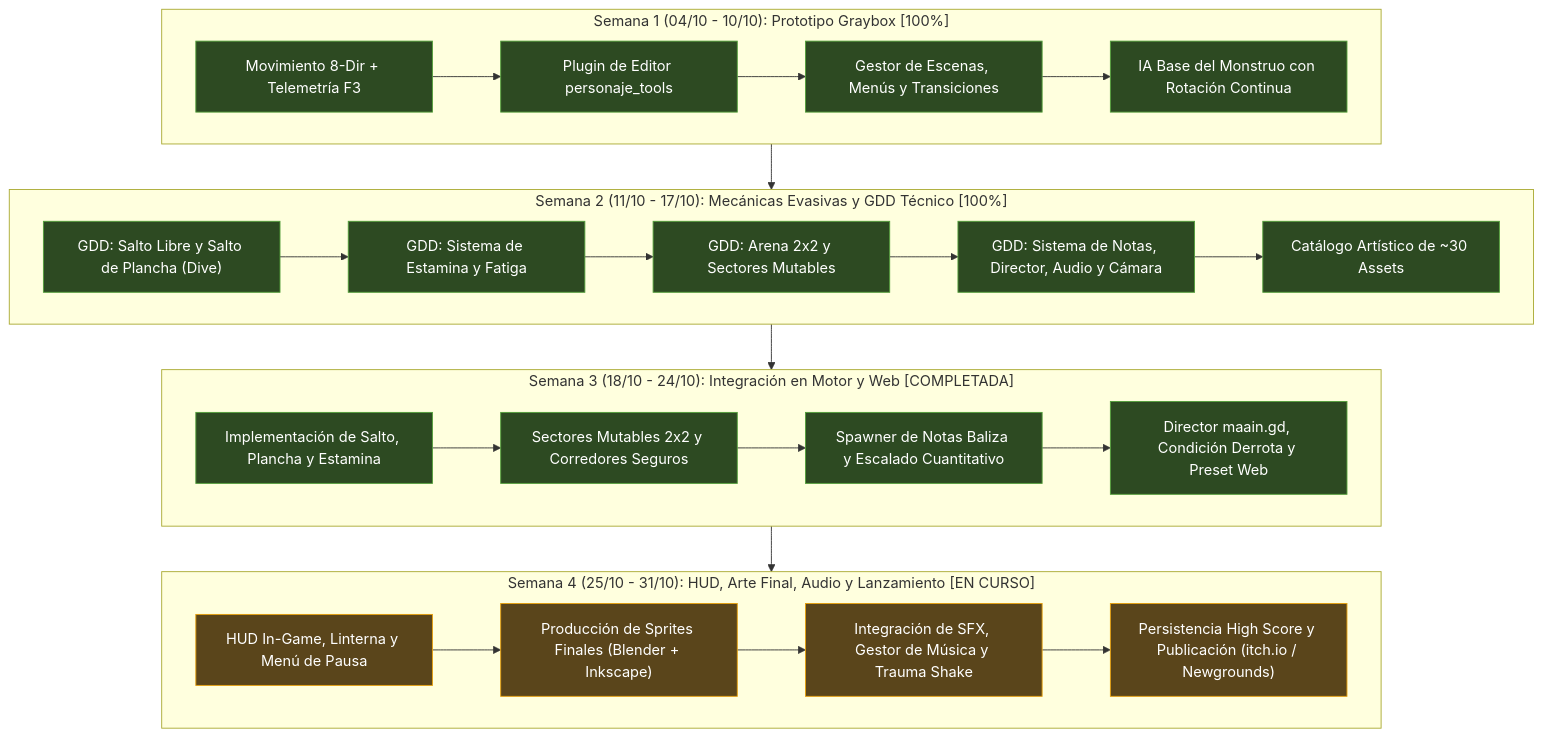
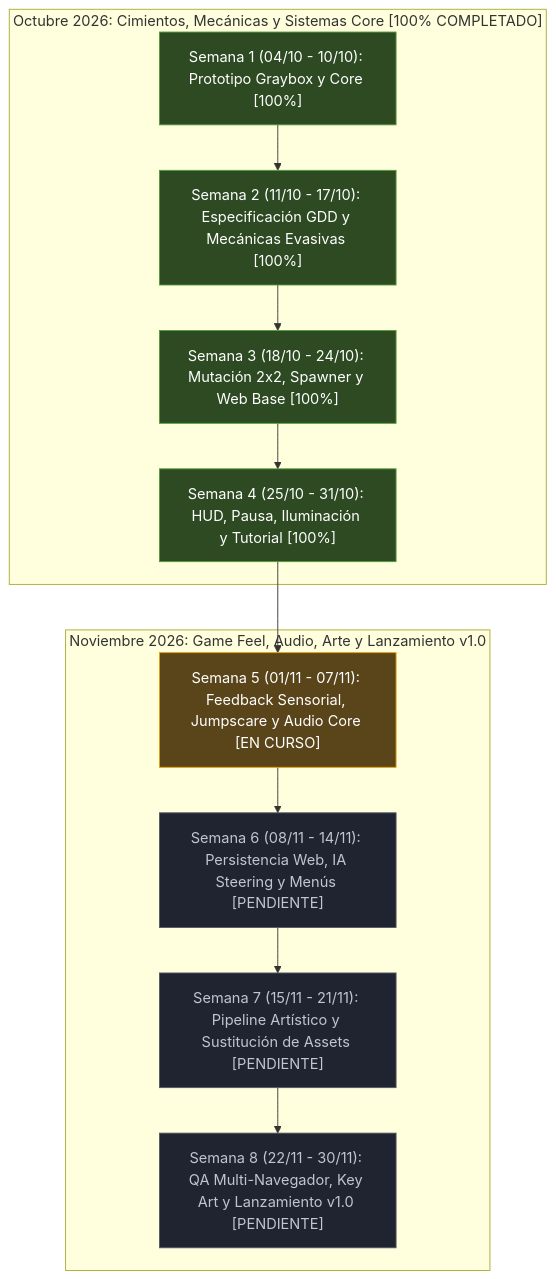
One commit to EmGamex/vosque changed the diagram in docs/produccion/roadmap_y_hitos.md. Above: the diagram before and after it, drawn with Mermaid. The commit also changed other lines of this file and 2 other files, not shown here.

Commit message:
docs: actualizar roadmap e hitos de produccion para noviembre 2026

````diff
--- a/docs/produccion/roadmap_y_hitos.md
+++ b/docs/produccion/roadmap_y_hitos.md
@@ -9,38 +9,32 @@
 ```mermaid
 flowchart TD
-    subgraph S1 ["Semana 1 (04/10 - 10/10): Prototipo Graybox [100%]"]
-        W1A["Movimiento 8-Dir + Telemetría F3"] --> W1B["Plugin de Editor personaje_tools"]
-        W1B --> W1C["Gestor de Escenas, Menús y Transiciones"]
-        W1C --> W1D["IA Base del Monstruo con Rotación Continua"]
+    subgraph OCT ["Octubre 2026: Cimientos, Mecánicas y Sistemas Core [100% COMPLETADO]"]
+        S1["Semana 1 (04/10 - 10/10): Prototipo Graybox y Core [100%]"]
+        S2["Semana 2 (11/10 - 17/10): Especificación GDD y Mecánicas Evasivas [100%]"]
+        S3["Semana 3 (18/10 - 24/10): Mutación 2x2, Spawner y Web Base [100%]"]
+        S4["Semana 4 (25/10 - 31/10): HUD, Pausa, Iluminación y Tutorial [100%]"]
+        S1 --> S2
+        S2 --> S3
+        S3 --> S4
     end
 
-    subgraph S2 ["Semana 2 (11/10 - 17/10): Mecánicas Evasivas y GDD Técnico [100%]"]
-        W2A["GDD: Salto Libre y Salto de Plancha (Dive)"] --> W2B["GDD: Sistema de Estamina y Fatiga"]
-        W2B --> W2C["GDD: Arena 2x2 y Sectores Mutables"]
-        W2C --> W2D["GDD: Sistema de Notas, Director, Audio y Cámara"]
-        W2D --> W2E["Catálogo Artístico de ~30 Assets"]
+    subgraph NOV ["Noviembre 2026: Game Feel, Audio, Arte y Lanzamiento v1.0"]
+        S5["Semana 5 (01/11 - 07/11): Feedback Sensorial, Jumpscare y Audio Core [EN CURSO]"]
+        S6["Semana 6 (08/11 - 14/11): Persistencia Web, IA Steering y Menús [PENDIENTE]"]
+        S7["Semana 7 (15/11 - 21/11): Pipeline Artístico y Sustitución de Assets [PENDIENTE]"]
+        S8["Semana 8 (22/11 - 30/11): QA Multi-Navegador, Key Art y Lanzamiento v1.0 [PENDIENTE]"]
+        S5 --> S6
+        S6 --> S7
+        S7 --> S8
     end
 
-    subgraph S3 ["Semana 3 (18/10 - 24/10): Integración en Motor y Web [COMPLETADA]"]
-        W3A["Implementación de Salto, Plancha y Estamina"] --> W3B["Sectores Mutables 2x2 y Corredores Seguros"]
-        W3B --> W3C["Spawner de Notas Baliza y Escalado Cuantitativo"]
-        W3C --> W3D["Director maain.gd, Condición Derrota y Preset Web"]
-    end
-
-    subgraph S4 ["Semana 4 (25/10 - 31/10): HUD, Arte Final, Audio y Lanzamiento [EN CURSO]"]
-        W4A["HUD In-Game, Linterna y Menú de Pausa"] --> W4B["Producción de Sprites Finales (Blender + Inkscape)"]
-        W4B --> W4C["Integración de SFX, Gestor de Música y Trauma Shake"]
-        W4C --> W4D["Persistencia High Score y Publicación (itch.io / Newgrounds)"]
-    end
-
-    S1 --> S2
-    S2 --> S3
-    S3 --> S4
+    S4 --> S5
 
     classDef done fill:#2d4a22,stroke:#529e3a,color:#ffffff;
     classDef current fill:#5a451b,stroke:#e69f0c,color:#ffffff;
     classDef pending fill:#1f2430,stroke:#4f5b66,color:#c0c5ce;
 
-    class W1A,W1B,W1C,W1D,W2A,W2B,W2C,W2D,W2E,W3A,W3B,W3C,W3D done;
-    class W4A,W4B,W4C,W4D current;
+    class S1,S2,S3,S4 done;
+    class S5 current;
+    class S6,S7,S8 pending;
 ```
````
